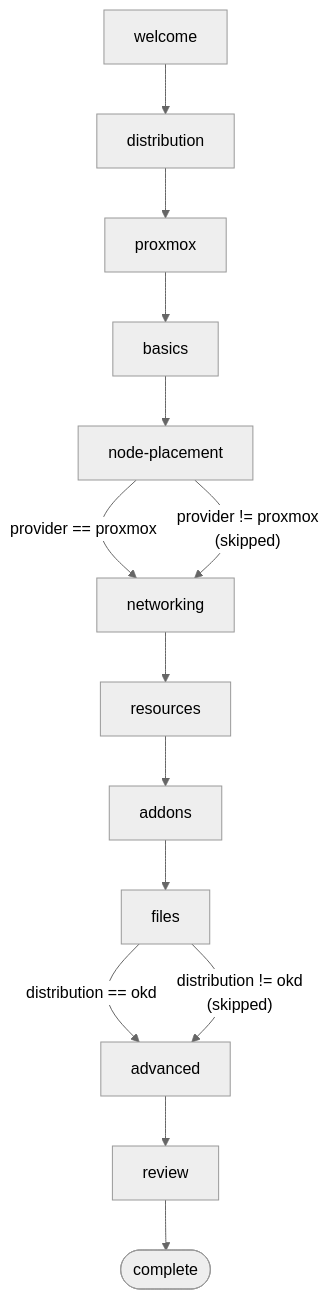
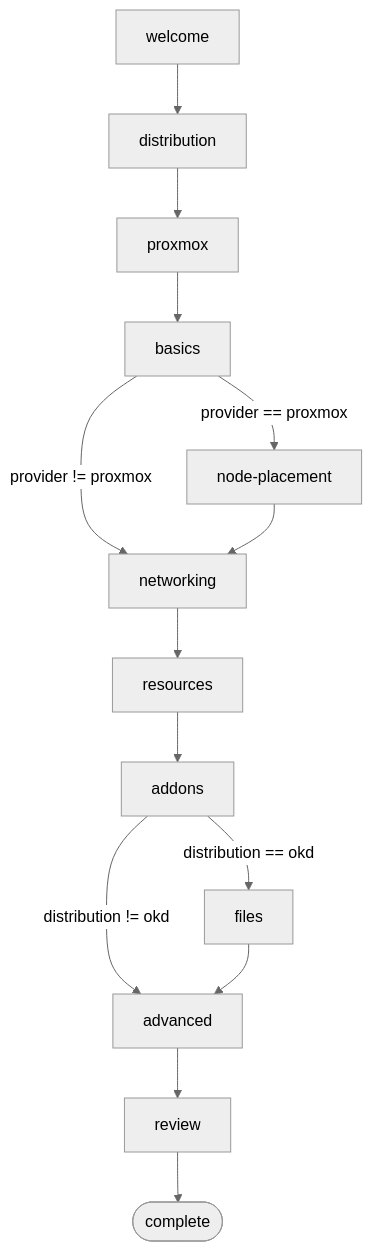
The diagram in docs/architecture/wizard.md (qxtaiba/okdctl), drawn with Mermaid (neutral theme) before and after one commit. The commit also changed other lines of this file, not shown here.

Commit message:
docs(architecture): fix wizard diagram conditional gating and labels

````diff
--- a/docs/architecture/wizard.md
+++ b/docs/architecture/wizard.md
@@ -128,16 +130,16 @@
 ```mermaid
 flowchart TD
     welcome --> distribution
     distribution --> proxmox
     proxmox --> basics
-    basics --> node-placement
-    node-placement -->|"provider == proxmox"| networking
-    node-placement -->|"provider != proxmox\n(skipped)"| networking
+    basics -->|"provider == proxmox"| nodePlacement[node-placement]
+    basics -->|"provider != proxmox"| networking
+    nodePlacement --> networking
     networking --> resources
     resources --> addons
-    addons --> files
-    files -->|"distribution == okd"| advanced
-    files -->|"distribution != okd\n(skipped)"| advanced
+    addons -->|"distribution == okd"| filesStep[files]
+    addons -->|"distribution != okd"| advanced
+    filesStep --> advanced
     advanced --> review
     review --> E([complete])
 ```
````
